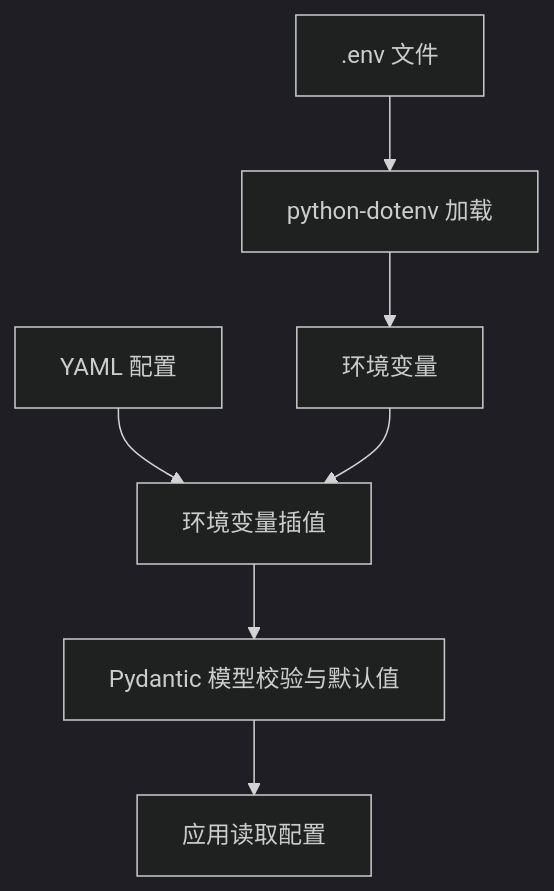
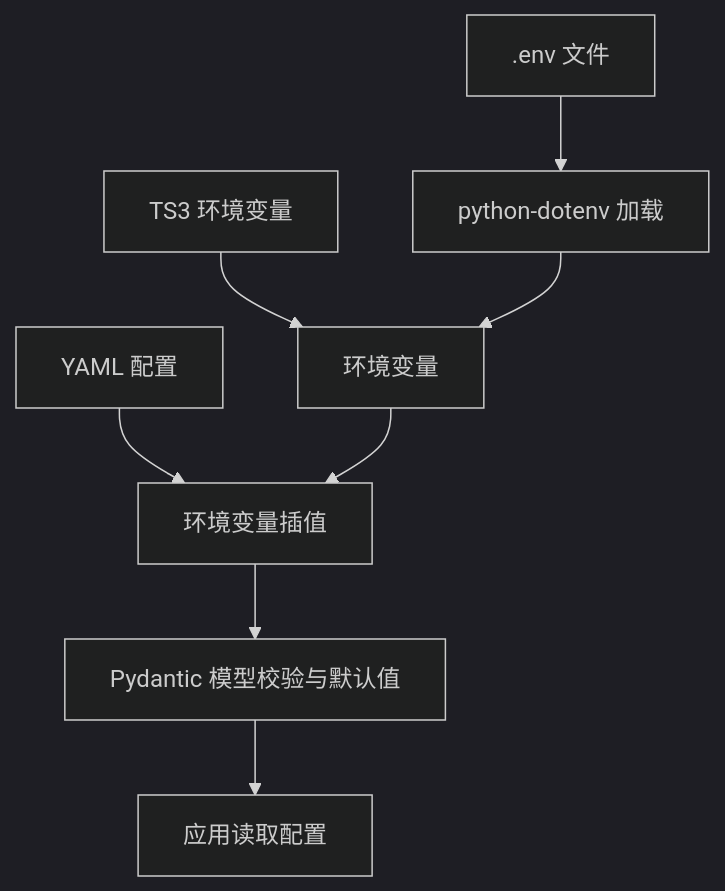
One commit to GhoulOwl/Teamspeak3_Bot changed the seventh of 8 diagrams in .qoder/repowiki/zh/content/部署和运维/环境配置.md. Above: the diagram before and after it, drawn with Mermaid (dark theme). The commit also changed other lines of this file and 7 other files, not shown here.

````diff
--- a/.qoder/repowiki/zh/content/部署和运维/环境配置.md
+++ b/.qoder/repowiki/zh/content/部署和运维/环境配置.md
@@ -267,9 +340,10 @@
 ```mermaid
 flowchart TD
 DotEnv[".env 文件"] --> DotEnvLoad["python-dotenv 加载"]
 Yaml["YAML 配置"] --> Interp["环境变量插值"]
 Env["环境变量"] --> Interp
+TS3Env["TS3 环境变量"] --> Env
 DotEnvLoad --> Env
 Interp --> Model["Pydantic 模型校验与默认值"]
 Model --> App["应用读取配置"]
 ```
````
